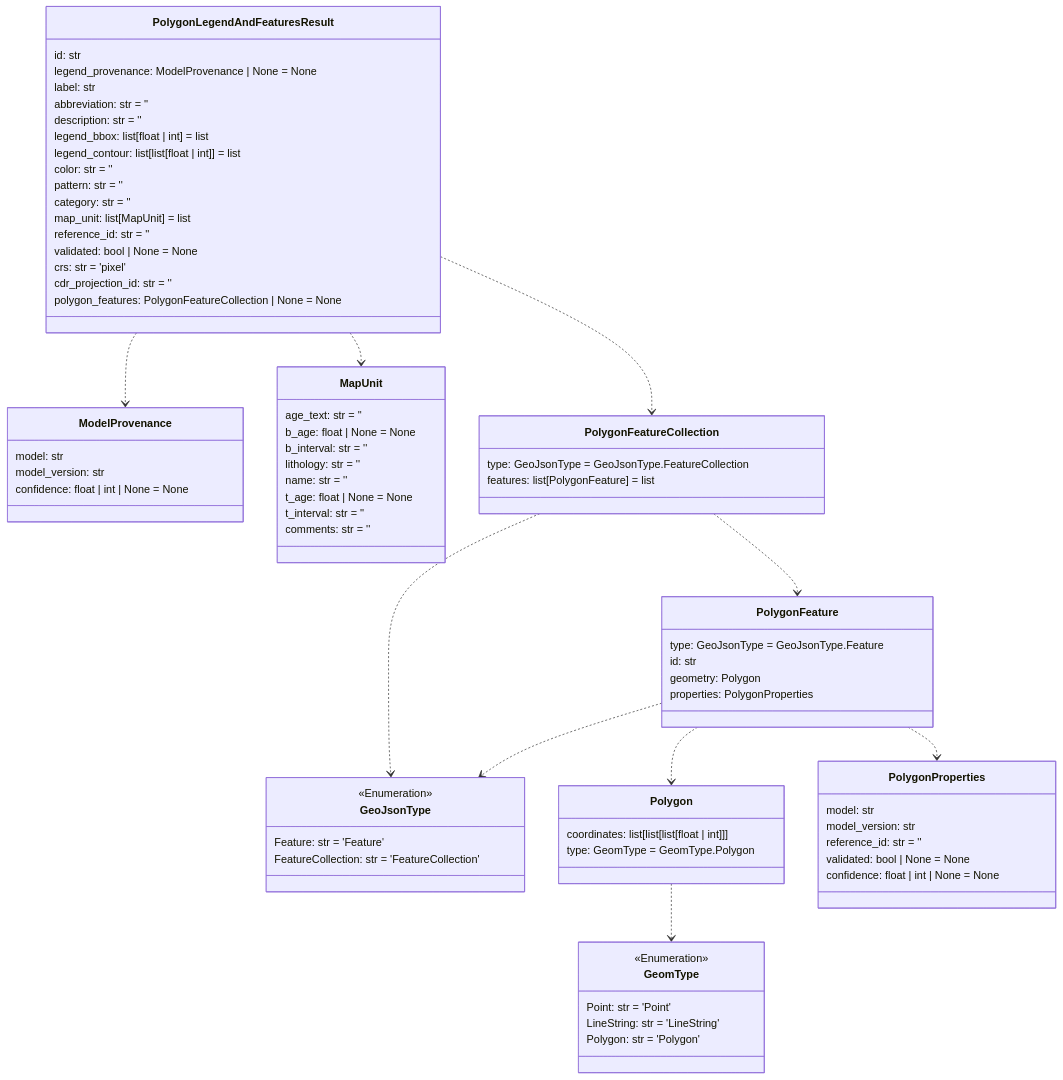
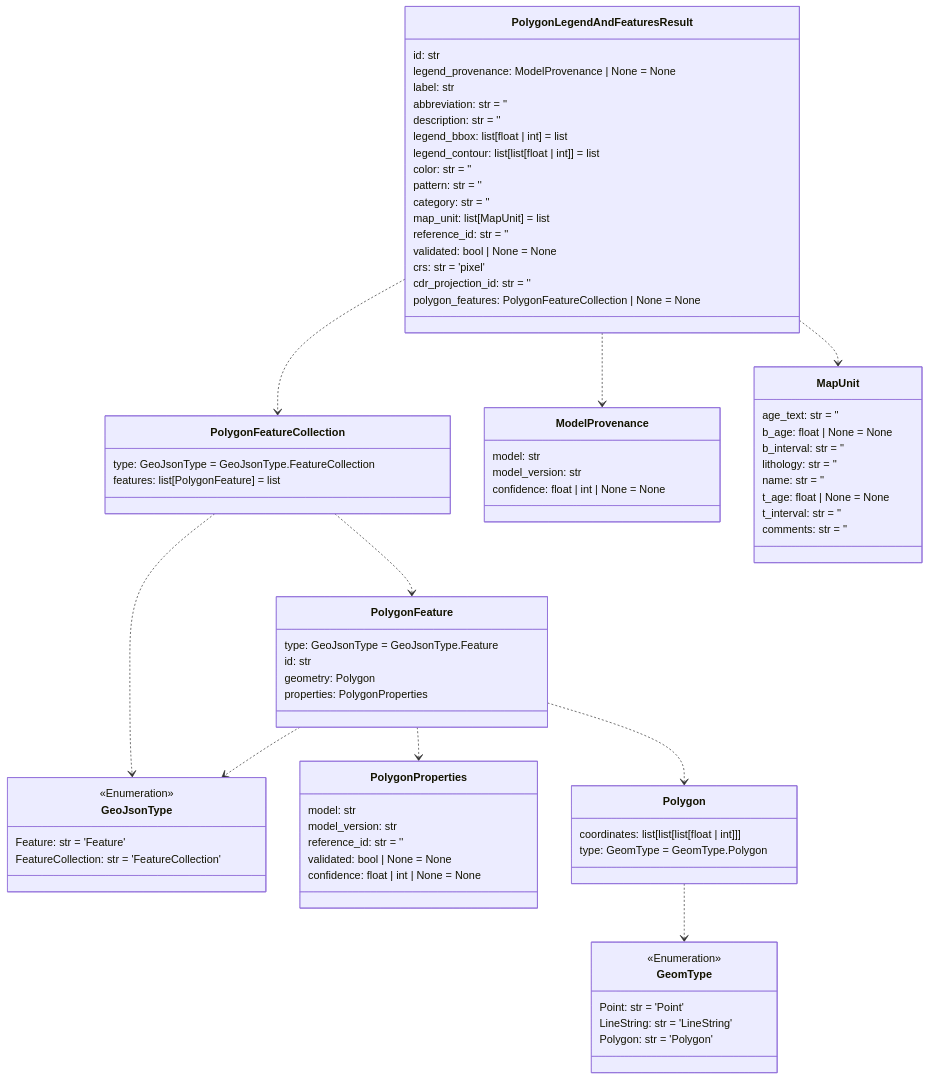
One commit to DARPA-CRITICALMAAS/cdr_schemas changed the seventh of 14 diagrams in README.md. Above: the diagram before and after it, drawn with Mermaid. The commit also changed other lines of this file and 1 other file, not shown here.

First line of the commit message:
Updated schema for BNN

````diff
--- a/README.md
+++ b/README.md
@@ -544,5 +544,23 @@
 ```mermaid
 classDiagram
+
+    class PolygonFeatureCollection {
+        type: GeoJsonType = GeoJsonType.FeatureCollection
+        features: list[PolygonFeature] = list
+    }
+
+    class GeomType {
+        <<Enumeration>>
+        Point: str = 'Point'
+        LineString: str = 'LineString'
+        Polygon: str = 'Polygon'
+    }
+
+    class ModelProvenance {
+        model: str
+        model_version: str
+        confidence: float | int | None = None
+    }
 
     class GeoJsonType {
         <<Enumeration>>
@@ -550,11 +568,12 @@
         FeatureCollection: str = 'FeatureCollection'
     }
 
-    class PolygonFeature {
-        type: GeoJsonType = GeoJsonType.Feature
-        id: str
-        geometry: Polygon
-        properties: PolygonProperties
+    class PolygonProperties {
+        model: str
+        model_version: str
+        reference_id: str = ''
+        validated: bool | None = None
+        confidence: float | int | None = None
     }
 
     class PolygonLegendAndFeaturesResult {
@@ -592,41 +611,22 @@
         type: GeomType = GeomType.Polygon
     }
 
-    class PolygonProperties {
-        model: str
-        model_version: str
-        reference_id: str = ''
-        validated: bool | None = None
-        confidence: float | int | None = None
-    }
-
-    class ModelProvenance {
-        model: str
-        model_version: str
-        confidence: float | int | None = None
-    }
-
-    class GeomType {
-        <<Enumeration>>
-        Point: str = 'Point'
-        LineString: str = 'LineString'
-        Polygon: str = 'Polygon'
-    }
-
-    class PolygonFeatureCollection {
-        type: GeoJsonType = GeoJsonType.FeatureCollection
-        features: list[PolygonFeature] = list
+    class PolygonFeature {
+        type: GeoJsonType = GeoJsonType.Feature
+        id: str
+        geometry: Polygon
+        properties: PolygonProperties
     }
 
     Polygon ..> GeomType
+    PolygonFeature ..> PolygonProperties
     PolygonFeature ..> GeoJsonType
     PolygonFeature ..> Polygon
-    PolygonFeature ..> PolygonProperties
+    PolygonFeatureCollection ..> PolygonFeature
     PolygonFeatureCollection ..> GeoJsonType
-    PolygonFeatureCollection ..> PolygonFeature
+    PolygonLegendAndFeaturesResult ..> PolygonFeatureCollection
+    PolygonLegendAndFeaturesResult ..> MapUnit
     PolygonLegendAndFeaturesResult ..> ModelProvenance
-    PolygonLegendAndFeaturesResult ..> MapUnit
-    PolygonLegendAndFeaturesResult ..> PolygonFeatureCollection
 
 
 ```
````
